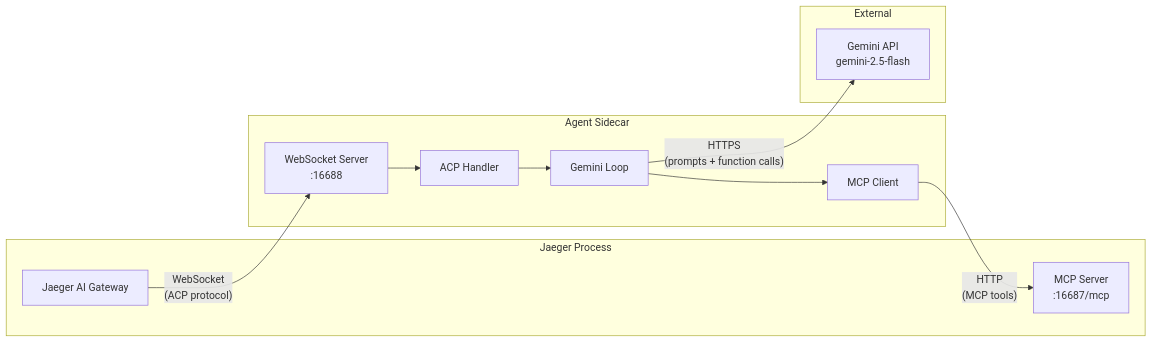
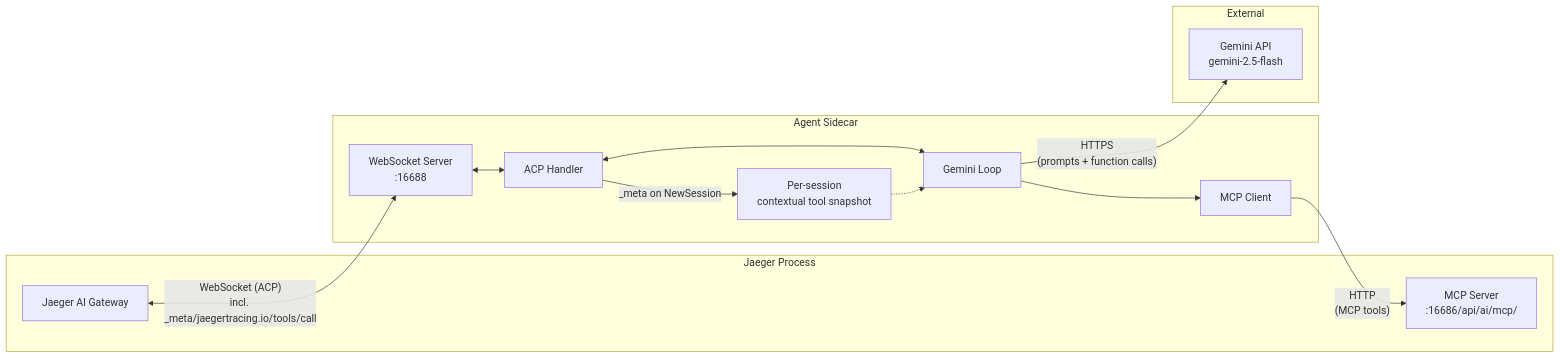
Before and after one commit to codacy-open-source-projects-scans/jaeger: the first of 2 diagrams in scripts/ai-sidecar/gemini/README.md, drawn with Mermaid. The commit also changed other lines of this file and 1274 other files, not shown here.

````diff
--- a/scripts/ai-sidecar/gemini/README.md
+++ b/scripts/ai-sidecar/gemini/README.md
@@ -107,24 +127,28 @@
 ```mermaid
 graph LR
     subgraph Jaeger Process
         GW[Jaeger AI Gateway]
-        MCP[MCP Server<br/>:16687/mcp]
+        MCP[MCP Server<br/>:16686/api/ai/mcp/]
     end
 
     subgraph Agent Sidecar
         WS[WebSocket Server<br/>:16688]
         ACP[ACP Handler]
         Loop[Gemini Loop]
         Bridge[MCP Client]
+        CTX[Per-session<br/>contextual tool snapshot]
     end
 
     subgraph External
         Gemini[Gemini API<br/>gemini-2.5-flash]
     end
 
-    GW -- "WebSocket<br/>(ACP protocol)" --> WS
-    WS --> ACP --> Loop
+    GW <-- "WebSocket (ACP)<br/>incl. _meta/jaegertracing.io/tools/call" --> WS
+    WS <--> ACP
+    ACP <--> Loop
+    ACP -- "_meta on NewSession" --> CTX
     Loop --> Bridge
     Bridge -- "HTTP<br/>(MCP tools)" --> MCP
     Loop -- "HTTPS<br/>(prompts + function calls)" --> Gemini
+    CTX -.-> Loop
 ```
````
